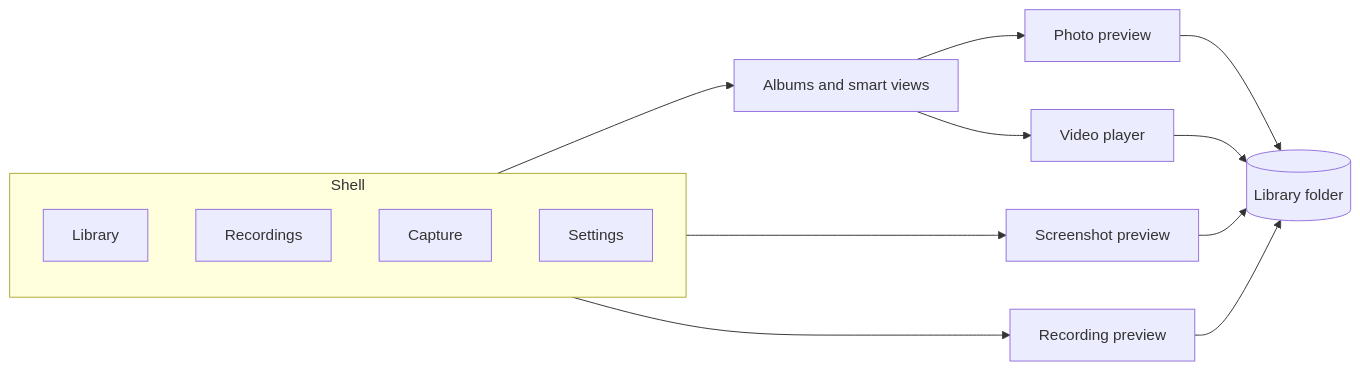
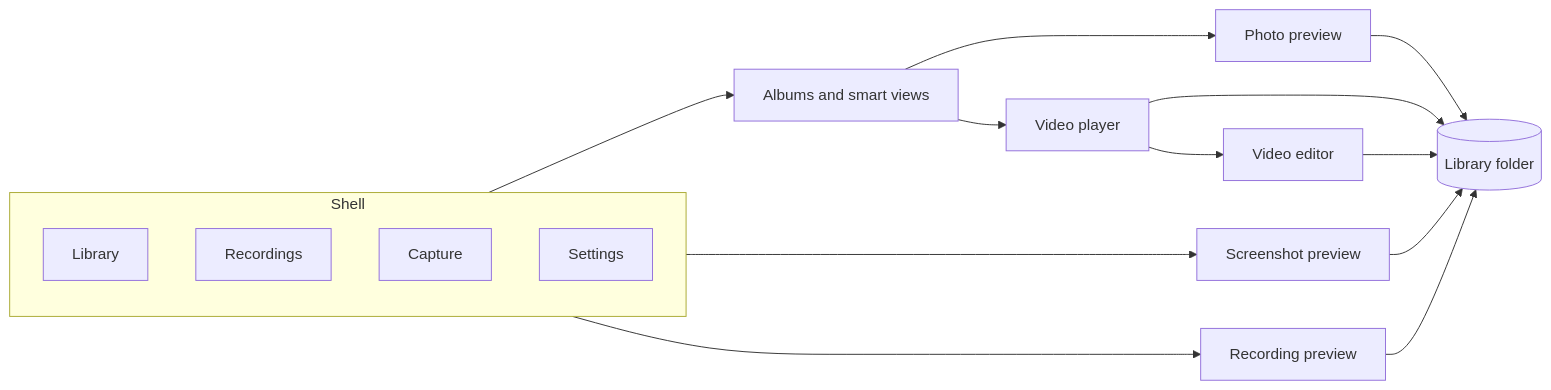
The diagram in README.md (YavuzDuman/PersonalMediaPlayer), drawn with Mermaid before and after one commit. The commit also changed other lines of this file and 13 other files, not shown here.

First line of the commit message:
Add a video editor for speed, volume, trim, and cuts.

````diff
--- a/README.md
+++ b/README.md
@@ -32,20 +32,22 @@
 ```mermaid
 flowchart LR
   subgraph shell [Shell]
     direction TB
     Library
     Recordings
     Capture
     Settings
   end
 
   Library --> Views[Albums and smart views]
   Views --> Photo[Photo preview]
   Views --> Player[Video player]
+  Player --> Editor[Video editor]
   Capture --> Shot[Screenshot preview]
   Recordings --> Take[Recording preview]
   Photo --> Folder[(Library folder)]
   Player --> Folder
+  Editor --> Folder
   Shot --> Folder
   Take --> Folder
 ```
````
